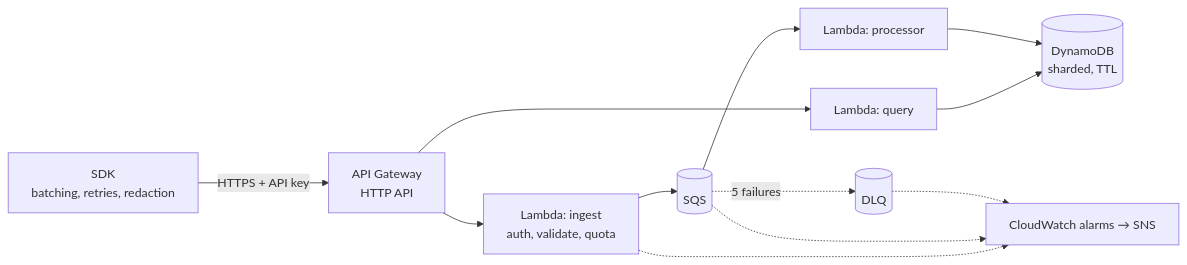
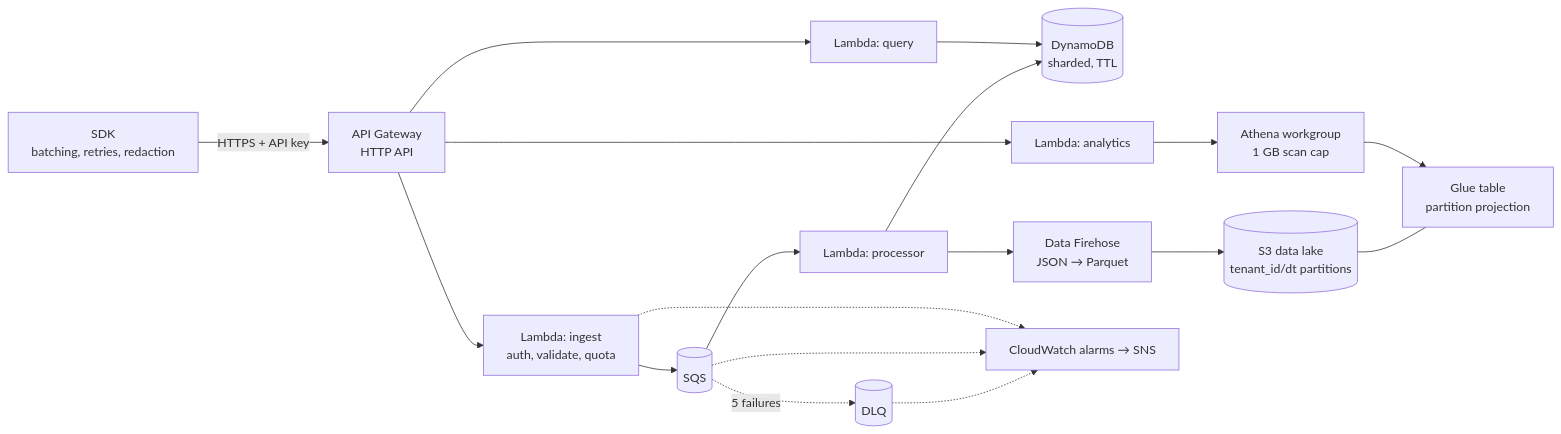
The diagram in README.md (zaiby83/tracewise), drawn with Mermaid before and after one commit. The commit also changed other lines of this file and 13 other files, not shown here.

First line of the commit message:
Milestone 2: S3/Parquet data lake and analytics API

````diff
--- a/README.md
+++ b/README.md
@@ -13,11 +13,15 @@
 ```mermaid
 flowchart LR
     SDK[SDK<br/>batching, retries, redaction] -->|HTTPS + API key| APIGW[API Gateway<br/>HTTP API]
     APIGW --> ING[Lambda: ingest<br/>auth, validate, quota]
     ING --> SQS[(SQS)]
     SQS --> PROC[Lambda: processor]
     SQS -.5 failures.-> DLQ[(DLQ)]
     PROC --> DDB[(DynamoDB<br/>sharded, TTL)]
+    PROC --> FH[Data Firehose<br/>JSON → Parquet]
+    FH --> S3[(S3 data lake<br/>tenant_id/dt partitions)]
+    S3 --- GLUE[Glue table<br/>partition projection]
     APIGW --> Q[Lambda: query] --> DDB
+    APIGW --> AN[Lambda: analytics] --> ATH[Athena workgroup<br/>1 GB scan cap] --> GLUE
     DLQ & SQS & ING -.-> CW[CloudWatch alarms → SNS]
 ```
````
